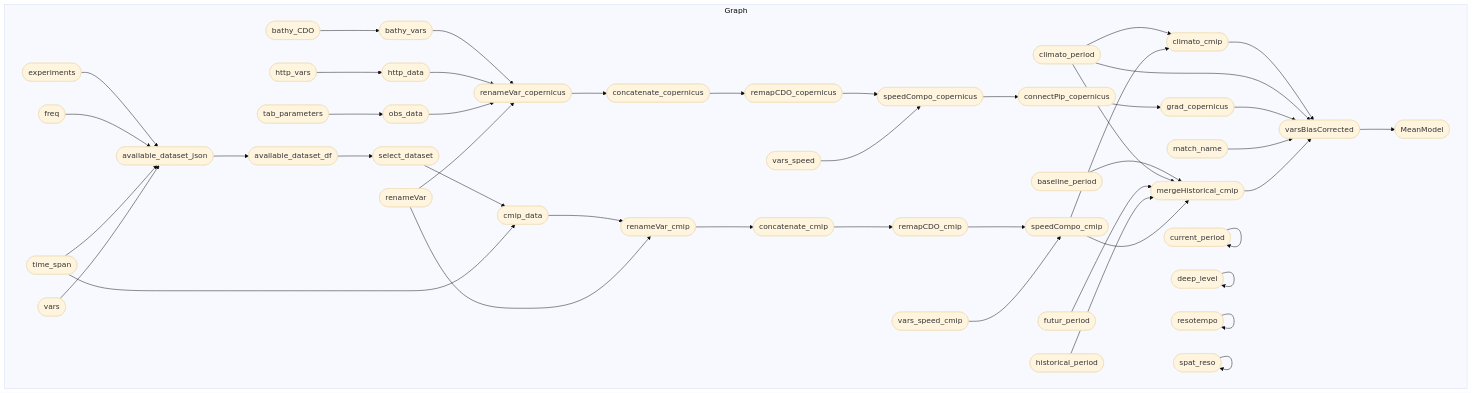
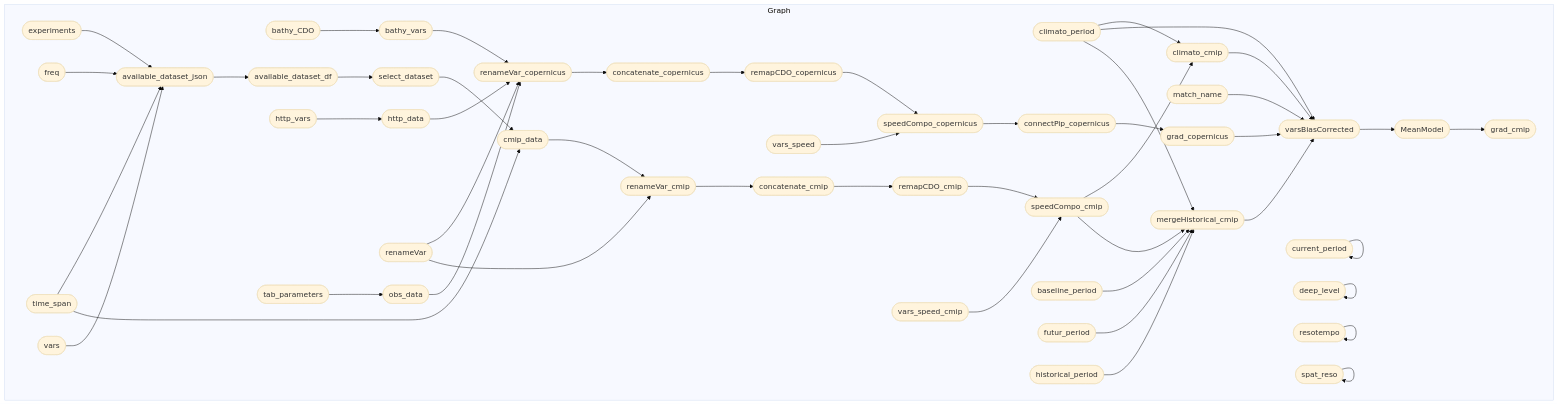
One commit to r-fernandezz/downshape changed the diagram in README.md. Above: the diagram before and after it, drawn with Mermaid (base theme). The commit also changed other lines of this file and 3 other files, not shown here.

````diff
--- a/README.md
+++ b/README.md
@@ -27,50 +25,51 @@
 ``` mermaid
 graph LR
   subgraph Graph
     direction LR
-    xd8e5f2013a341013(["cmip_data"]):::outdated --> x0262297569c18022(["renameVar_cmip"]):::outdated
-    xd15c82dcb79a7c2e(["renameVar"]):::uptodate --> x0262297569c18022(["renameVar_cmip"]):::outdated
+    x0754d07deb71dd34(["MeanModel"]):::outdated --> x4c3d86d2401270ef(["grad_cmip"]):::outdated
+    xec6283d15a25ed08(["remapCDO_copernicus"]):::outdated --> xfc6ed28680e5db72(["speedCompo_copernicus"]):::outdated
+    xca459201a27e8460(["vars_speed"]):::uptodate --> xfc6ed28680e5db72(["speedCompo_copernicus"]):::outdated
+    x0262297569c18022(["renameVar_cmip"]):::outdated --> x4fe875b2492d0106(["concatenate_cmip"]):::outdated
+    x4fe875b2492d0106(["concatenate_cmip"]):::outdated --> xf4b49e2ba07661b1(["remapCDO_cmip"]):::outdated
+    xb5817e1daca13dcc(["bathy_vars"]):::outdated --> xe44467b2b079fc18(["renameVar_copernicus"]):::outdated
+    x35b468daf9281b76(["http_data"]):::outdated --> xe44467b2b079fc18(["renameVar_copernicus"]):::outdated
+    xd7bca5ba4e5f539d(["obs_data"]):::outdated --> xe44467b2b079fc18(["renameVar_copernicus"]):::outdated
+    xd15c82dcb79a7c2e(["renameVar"]):::uptodate --> xe44467b2b079fc18(["renameVar_copernicus"]):::outdated
+    xbbe4eafa679df977(["climato_period"]):::uptodate --> x0c817e56268c947c(["climato_cmip"]):::outdated
+    xe5de19f3be59da20(["speedCompo_cmip"]):::outdated --> x0c817e56268c947c(["climato_cmip"]):::outdated
+    xd2707862cf793d3a(["connectPip_copernicus"]):::outdated --> x37179b61a203cbd3(["grad_copernicus"]):::outdated
+    xf5c6fd225c377a3d(["bathy_CDO"]):::uptodate --> xb5817e1daca13dcc(["bathy_vars"]):::outdated
+    x6fcf9b0e7fc429ff(["available_dataset_json"]):::outdated --> xe895740a9b7896f7(["available_dataset_df"]):::outdated
+    x178958aede3793d9(["varsBiasCorrected"]):::outdated --> x0754d07deb71dd34(["MeanModel"]):::outdated
+    x0c817e56268c947c(["climato_cmip"]):::outdated --> x178958aede3793d9(["varsBiasCorrected"]):::outdated
+    xbbe4eafa679df977(["climato_period"]):::uptodate --> x178958aede3793d9(["varsBiasCorrected"]):::outdated
+    x37179b61a203cbd3(["grad_copernicus"]):::outdated --> x178958aede3793d9(["varsBiasCorrected"]):::outdated
+    xab1c13260db879af(["match_name"]):::uptodate --> x178958aede3793d9(["varsBiasCorrected"]):::outdated
+    xf21dac5ab86940da(["mergeHistorical_cmip"]):::outdated --> x178958aede3793d9(["varsBiasCorrected"]):::outdated
+    xfc6ed28680e5db72(["speedCompo_copernicus"]):::outdated --> xd2707862cf793d3a(["connectPip_copernicus"]):::outdated
+    x71e926299248ce3f(["http_vars"]):::uptodate --> x35b468daf9281b76(["http_data"]):::outdated
+    xac02e5e58926353b(["experiments"]):::uptodate --> x6fcf9b0e7fc429ff(["available_dataset_json"]):::outdated
+    x906e78a8df9f52cb(["freq"]):::uptodate --> x6fcf9b0e7fc429ff(["available_dataset_json"]):::outdated
+    x2c0118dd07b06ac8(["time_span"]):::uptodate --> x6fcf9b0e7fc429ff(["available_dataset_json"]):::outdated
+    x8f15ec77b8dbd81a(["vars"]):::uptodate --> x6fcf9b0e7fc429ff(["available_dataset_json"]):::outdated
+    xe895740a9b7896f7(["available_dataset_df"]):::outdated --> x3f5ab24ee8d242b4(["select_dataset"]):::outdated
+    x3f5ab24ee8d242b4(["select_dataset"]):::outdated --> xd8e5f2013a341013(["cmip_data"]):::outdated
+    x2c0118dd07b06ac8(["time_span"]):::uptodate --> xd8e5f2013a341013(["cmip_data"]):::outdated
     x21b09bf88a2ff147(["baseline_period"]):::uptodate --> xf21dac5ab86940da(["mergeHistorical_cmip"]):::outdated
     xbbe4eafa679df977(["climato_period"]):::uptodate --> xf21dac5ab86940da(["mergeHistorical_cmip"]):::outdated
     xbce5cad1cf7e7103(["futur_period"]):::uptodate --> xf21dac5ab86940da(["mergeHistorical_cmip"]):::outdated
     x57dd1d5e854c11b6(["historical_period"]):::uptodate --> xf21dac5ab86940da(["mergeHistorical_cmip"]):::outdated
     xe5de19f3be59da20(["speedCompo_cmip"]):::outdated --> xf21dac5ab86940da(["mergeHistorical_cmip"]):::outdated
-    x71e926299248ce3f(["http_vars"]):::uptodate --> x35b468daf9281b76(["http_data"]):::uptodate
-    x3f5ab24ee8d242b4(["select_dataset"]):::uptodate --> xd8e5f2013a341013(["cmip_data"]):::outdated
-    x2c0118dd07b06ac8(["time_span"]):::uptodate --> xd8e5f2013a341013(["cmip_data"]):::outdated
-    x4301c707c2ab0cdc(["tab_parameters"]):::uptodate --> xd7bca5ba4e5f539d(["obs_data"]):::outdated
-    xec6283d15a25ed08(["remapCDO_copernicus"]):::outdated --> xfc6ed28680e5db72(["speedCompo_copernicus"]):::outdated
-    xca459201a27e8460(["vars_speed"]):::uptodate --> xfc6ed28680e5db72(["speedCompo_copernicus"]):::outdated
+    xf4b49e2ba07661b1(["remapCDO_cmip"]):::outdated --> xe5de19f3be59da20(["speedCompo_cmip"]):::outdated
+    x7a197bdf5f12681a(["vars_speed_cmip"]):::uptodate --> xe5de19f3be59da20(["speedCompo_cmip"]):::outdated
     x9289bfb53112cf3b(["concatenate_copernicus"]):::outdated --> xec6283d15a25ed08(["remapCDO_copernicus"]):::outdated
     xe44467b2b079fc18(["renameVar_copernicus"]):::outdated --> x9289bfb53112cf3b(["concatenate_copernicus"]):::outdated
-    x0c817e56268c947c(["climato_cmip"]):::outdated --> x178958aede3793d9(["varsBiasCorrected"]):::outdated
-    xbbe4eafa679df977(["climato_period"]):::uptodate --> x178958aede3793d9(["varsBiasCorrected"]):::outdated
-    x37179b61a203cbd3(["grad_copernicus"]):::outdated --> x178958aede3793d9(["varsBiasCorrected"]):::outdated
-    xab1c13260db879af(["match_name"]):::uptodate --> x178958aede3793d9(["varsBiasCorrected"]):::outdated
-    xf21dac5ab86940da(["mergeHistorical_cmip"]):::outdated --> x178958aede3793d9(["varsBiasCorrected"]):::outdated
-    x178958aede3793d9(["varsBiasCorrected"]):::outdated --> x0754d07deb71dd34(["MeanModel"]):::outdated
-    xf4b49e2ba07661b1(["remapCDO_cmip"]):::outdated --> xe5de19f3be59da20(["speedCompo_cmip"]):::outdated
-    x7a197bdf5f12681a(["vars_speed_cmip"]):::uptodate --> xe5de19f3be59da20(["speedCompo_cmip"]):::outdated
-    xf5c6fd225c377a3d(["bathy_CDO"]):::uptodate --> xb5817e1daca13dcc(["bathy_vars"]):::outdated
-    xb5817e1daca13dcc(["bathy_vars"]):::outdated --> xe44467b2b079fc18(["renameVar_copernicus"]):::outdated
-    x35b468daf9281b76(["http_data"]):::uptodate --> xe44467b2b079fc18(["renameVar_copernicus"]):::outdated
-    xd7bca5ba4e5f539d(["obs_data"]):::outdated --> xe44467b2b079fc18(["renameVar_copernicus"]):::outdated
-    xd15c82dcb79a7c2e(["renameVar"]):::uptodate --> xe44467b2b079fc18(["renameVar_copernicus"]):::outdated
-    xe895740a9b7896f7(["available_dataset_df"]):::uptodate --> x3f5ab24ee8d242b4(["select_dataset"]):::uptodate
-    x6fcf9b0e7fc429ff(["available_dataset_json"]):::uptodate --> xe895740a9b7896f7(["available_dataset_df"]):::uptodate
-    x0262297569c18022(["renameVar_cmip"]):::outdated --> x4fe875b2492d0106(["concatenate_cmip"]):::outdated
-    x4fe875b2492d0106(["concatenate_cmip"]):::outdated --> xf4b49e2ba07661b1(["remapCDO_cmip"]):::outdated
-    xbbe4eafa679df977(["climato_period"]):::uptodate --> x0c817e56268c947c(["climato_cmip"]):::outdated
-    xe5de19f3be59da20(["speedCompo_cmip"]):::outdated --> x0c817e56268c947c(["climato_cmip"]):::outdated
-    xd2707862cf793d3a(["connectPip_copernicus"]):::outdated --> x37179b61a203cbd3(["grad_copernicus"]):::outdated
-    xfc6ed28680e5db72(["speedCompo_copernicus"]):::outdated --> xd2707862cf793d3a(["connectPip_copernicus"]):::outdated
-    xac02e5e58926353b(["experiments"]):::uptodate --> x6fcf9b0e7fc429ff(["available_dataset_json"]):::uptodate
-    x906e78a8df9f52cb(["freq"]):::uptodate --> x6fcf9b0e7fc429ff(["available_dataset_json"]):::uptodate
-    x2c0118dd07b06ac8(["time_span"]):::uptodate --> x6fcf9b0e7fc429ff(["available_dataset_json"]):::uptodate
-    x8f15ec77b8dbd81a(["vars"]):::uptodate --> x6fcf9b0e7fc429ff(["available_dataset_json"]):::uptodate
+    xd8e5f2013a341013(["cmip_data"]):::outdated --> x0262297569c18022(["renameVar_cmip"]):::outdated
+    xd15c82dcb79a7c2e(["renameVar"]):::uptodate --> x0262297569c18022(["renameVar_cmip"]):::outdated
+    x4301c707c2ab0cdc(["tab_parameters"]):::outdated --> xd7bca5ba4e5f539d(["obs_data"]):::outdated
     x084994fb0e480676(["current_period"]):::uptodate --> x084994fb0e480676(["current_period"]):::uptodate
     x625f066a5f205ec8(["deep_level"]):::uptodate --> x625f066a5f205ec8(["deep_level"]):::uptodate
     x55a14a7f5821bbec(["resotempo"]):::uptodate --> x55a14a7f5821bbec(["resotempo"]):::uptodate
     xe73cbbcc20086ecd(["spat_reso"]):::uptodate --> xe73cbbcc20086ecd(["spat_reso"]):::uptodate
   end
 ```
````
